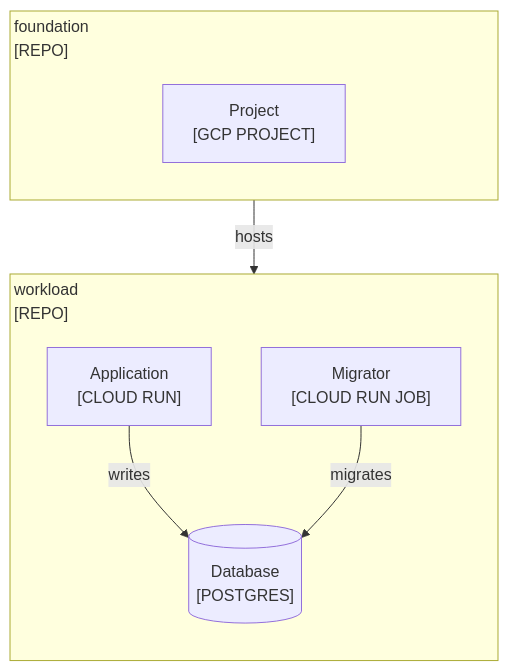
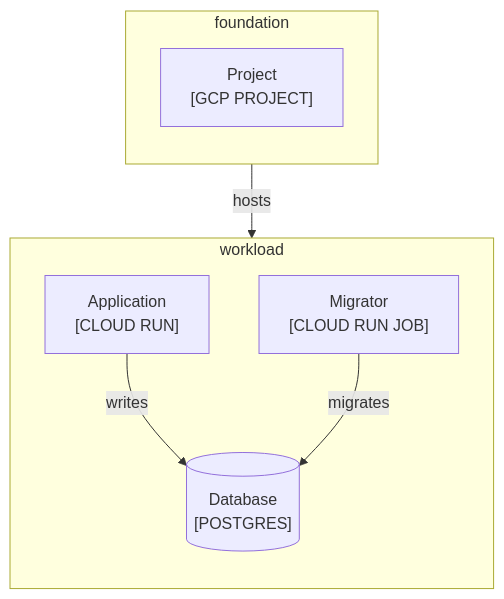
Before and after one commit to choonchernlim/skills: the diagram in skills/docsmith/scripts/fixtures/good/docs/infrastructure.md, drawn with Mermaid. The commit also changed other lines of this file and 43 other files, not shown here.

Commit message:
feat: update Mermaid syntax to use 'graph TD' and enhance boundary title formatting

````diff
--- a/skills/docsmith/scripts/fixtures/good/docs/infrastructure.md
+++ b/skills/docsmith/scripts/fixtures/good/docs/infrastructure.md
@@ -12,23 +12,16 @@
 ```mermaid
----
-config:
-  flowchart:
-    subGraphTitleMargin:
-      top: 4
-      bottom: 32
----
-flowchart TD
-  subgraph Foundation["<span style='display:inline-block;width:480px;text-align:left'>foundation<br/>[REPO]</span>"]
+graph TD
+  subgraph Foundation["foundation"]
     direction TB
     Project["Project<br/>[GCP PROJECT]"]
   end
-  subgraph Workload["<span style='display:inline-block;width:480px;text-align:left'>workload<br/>[REPO]</span>"]
+  subgraph Workload["workload"]
     direction TB
     App["Application<br/>[CLOUD RUN]"]
     Job["Migrator<br/>[CLOUD RUN JOB]"]
     Store[("Database<br/>[POSTGRES]")]
   end
   Project -->|"hosts"| App
   App -->|"writes"| Store
   Job -->|"migrates"| Store
 ```
````
